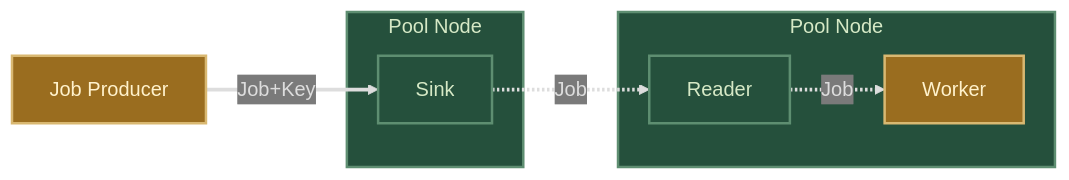
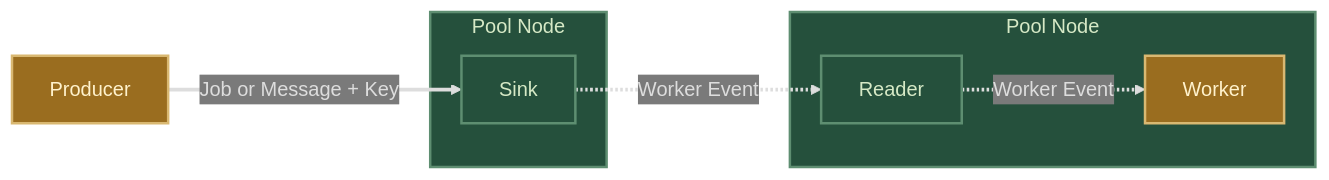
The third of 3 diagrams in README.md (goadesign/pulse), drawn with Mermaid before and after one commit. The commit also changed other lines of this file and 9 other files, not shown here.

````diff
--- a/README.md
+++ b/README.md
@@ -75,25 +77,25 @@
 ```mermaid
 %%{init: {'themeVariables': { 'edgeLabelBackground': '#7A7A7A'}}}%%
 flowchart LR
-    A[Job Producer]
+    A[Producer]
     subgraph Pool[Pool Node]
         Sink
     end
     subgraph Worker[Pool Node]
         Reader
         B[Worker]
     end
-    A-->|Job+Key|Sink
-    Sink-.->|Job|Reader
-    Reader-.->|Job|B
+    A-->|Job or Message + Key|Sink
+    Sink-.->|Worker Event|Reader
+    Reader-.->|Worker Event|B
 
     classDef userCode fill:#9A6D1F, stroke:#D9B871, stroke-width:2px, color:#FFF2CC;
     classDef pulse fill:#25503C, stroke:#5E8E71, stroke-width:2px, color:#D6E9C6;
 
     class A,B userCode;
     class Pool,Sink,Reader,Worker pulse;
 
     linkStyle 0 stroke:#DDDDDD,color:#DDDDDD,stroke-width:3px;
     linkStyle 1 stroke:#DDDDDD,color:#DDDDDD,stroke-width:3px;
     linkStyle 2 stroke:#DDDDDD,color:#DDDDDD,stroke-width:3px;
 ```
````
